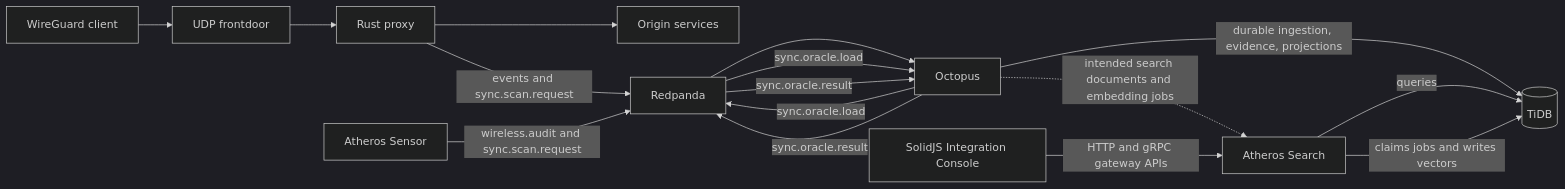
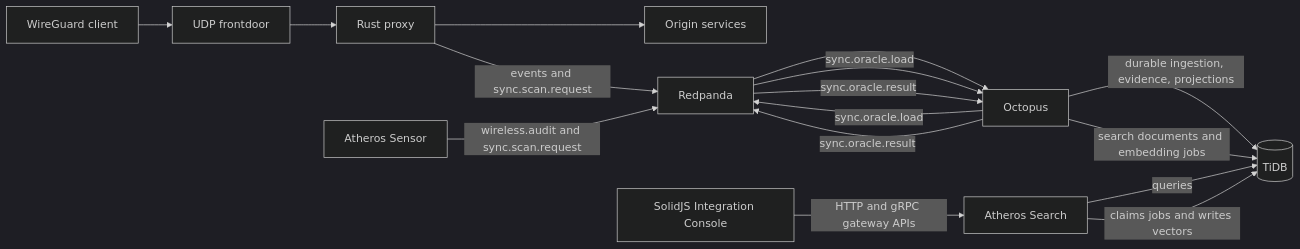
Before and after one commit to zlovtnik/ssl-proxy: the first of 5 diagrams in docs/architecture.md, drawn with Mermaid (dark theme). The commit also changed other lines of this file and 17 other files, not shown here.

````diff
--- a/docs/architecture.md
+++ b/docs/architecture.md
@@ -17,21 +17,21 @@
 ```mermaid
 flowchart LR
     client[WireGuard client] --> frontdoor[UDP frontdoor]
     frontdoor --> proxy[Rust proxy]
     proxy --> origin[Origin services]
 
     proxy -->|events and sync.scan.request| redpanda[Redpanda]
     sensor[Atheros Sensor] -->|wireless.audit and sync.scan.request| redpanda
     redpanda --> octopus[Octopus]
     octopus -->|durable ingestion, evidence, projections| tidb[(TiDB)]
     octopus -->|sync.oracle.load| redpanda
     redpanda -->|sync.oracle.load| octopus
     octopus -->|sync.oracle.result| redpanda
     redpanda -->|sync.oracle.result| octopus
 
     search[Atheros Search] -->|queries| tidb
     search -->|claims jobs and writes vectors| tidb
     ui[SolidJS Integration Console] -->|HTTP and gRPC gateway APIs| search
 
-    octopus -.->|intended search documents and embedding jobs| search
+    octopus -->|search documents and embedding jobs| tidb
 ```
````
